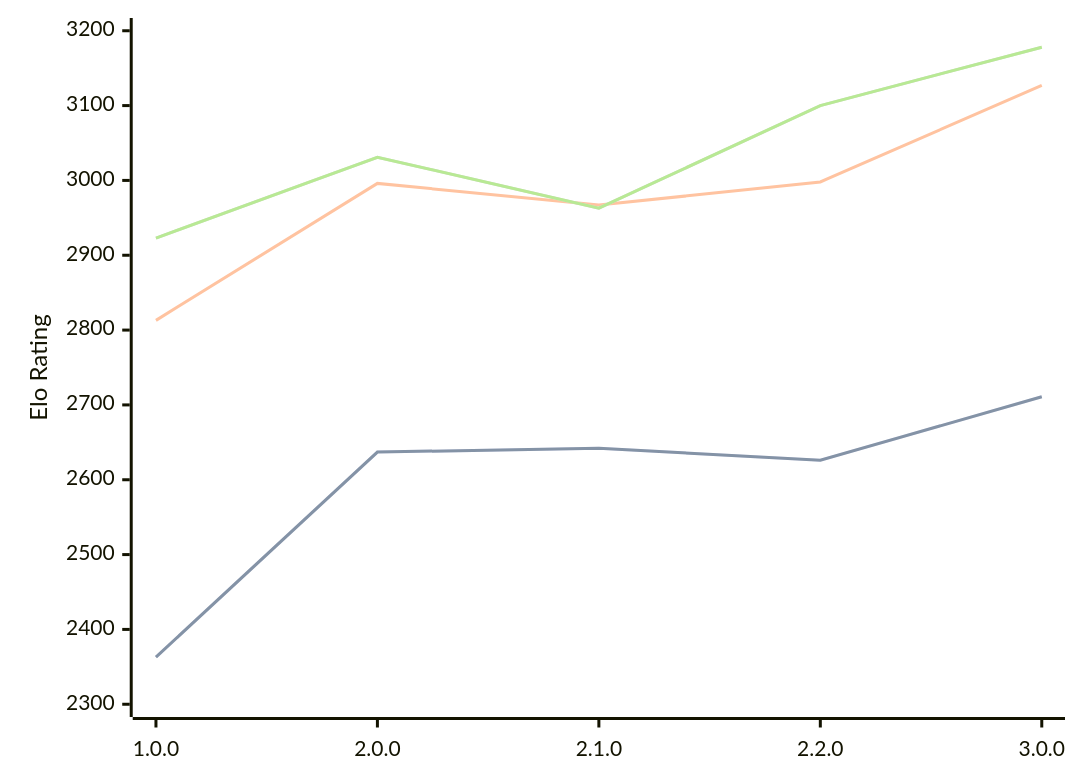
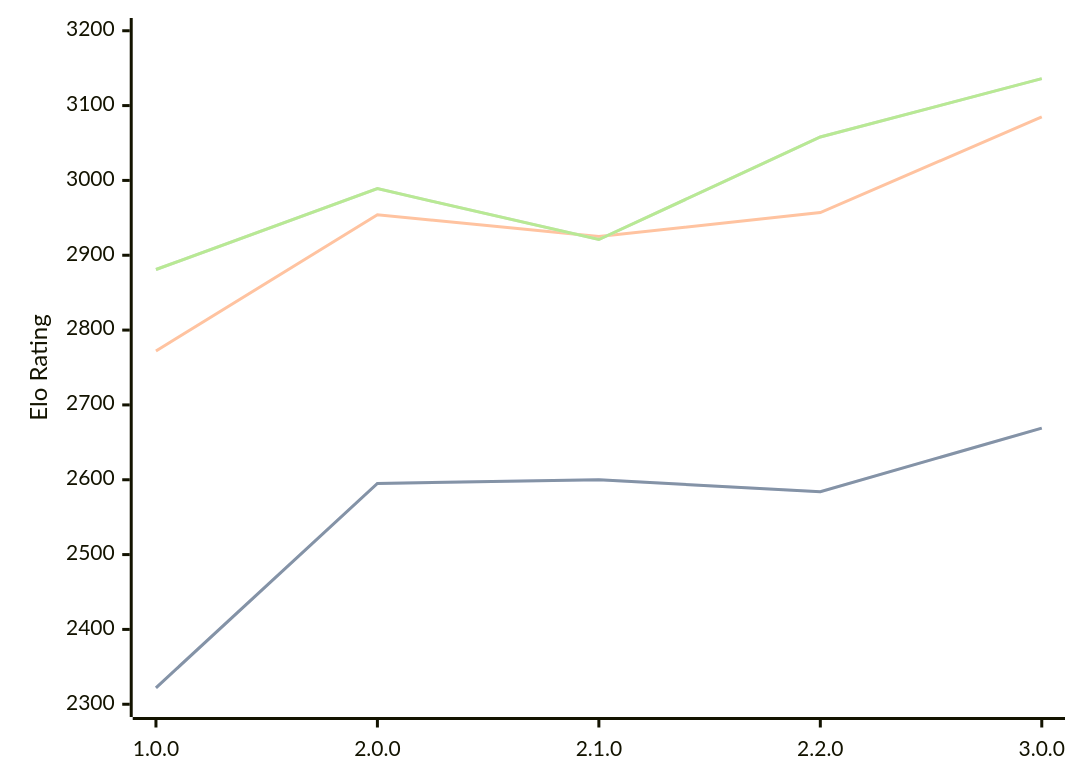
One commit to computer-chess-index/cci changed the diagram in engines/Catalyst.md. Above: the diagram before and after it, drawn with Mermaid. The commit also changed other lines of this file, not shown here.

Commit message:
Update CCI Ratings (ELO VLTC) - 2026-05-19

````diff
--- a/engines/Catalyst.md
+++ b/engines/Catalyst.md
@@ -35,11 +35,11 @@
 ```mermaid
 %%{init: {"theme":"base","themeVariables":{"seriesColors:['#a3a3a3','#222221','#faa371']}}}%%
 xychart-beta
   x-axis ["1.0.0", "2.0.0", "2.1.0", "2.2.0", "3.0.0"]
   y-axis "Elo Rating" 2300 --> 3200
-  line "STC (8.0+0.08s)" [2363, 2637, 2642, 2626, 2711]
-  line "STC (8.0+0.08s)" [2363, 2637, 2642, 2626, 2711]
-  line "LTC (60.0+0.60s)" [2813, 2996, 2967, 2998, 3127]
-  line "VLTC (2m24s+1.12s)" [2923, 3031, 2963, 3100, 3178]
-  line "VLTC (2m24s+1.12s)" [2923, 3031, 2963, 3100, 3178]
+  line "STC (8.0+0.08s)" [2322, 2595, 2600, 2584, 2669]
+  line "STC (8.0+0.08s)" [2322, 2595, 2600, 2584, 2669]
+  line "LTC (60.0+0.60s)" [2772, 2954, 2925, 2957, 3085]
+  line "VLTC (2m24s+1.12s)" [2881, 2989, 2921, 3058, 3136]
+  line "VLTC (2m24s+1.12s)" [2881, 2989, 2921, 3058, 3136]
 ```
````
